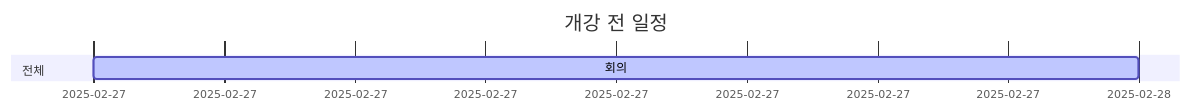
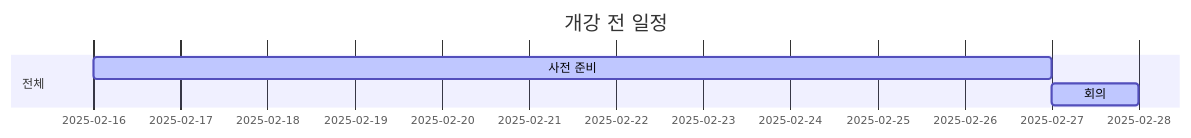
Before and after one commit to Taekwondo1906/taekwon: the diagram in README.md, drawn with Mermaid.

````diff
--- a/README.md
+++ b/README.md
@@ -7,9 +7,10 @@
 ```mermaid
 
 gantt
 title 개강 전 일정
 dateFormat MM-DD
 
 section 전체
+사전 준비:active, 02-16, 11d
 회의:active, 02-27, 1d
 ```
````
